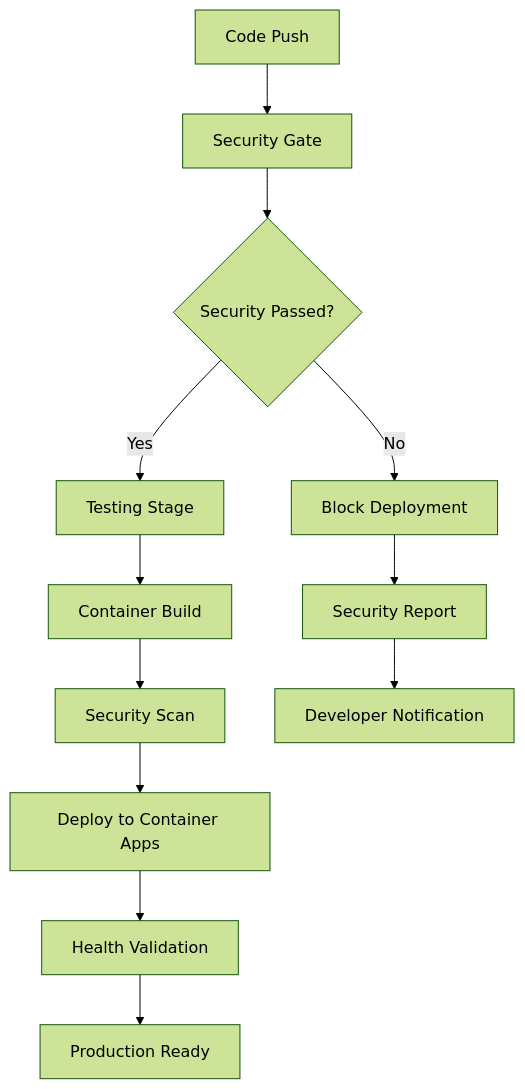
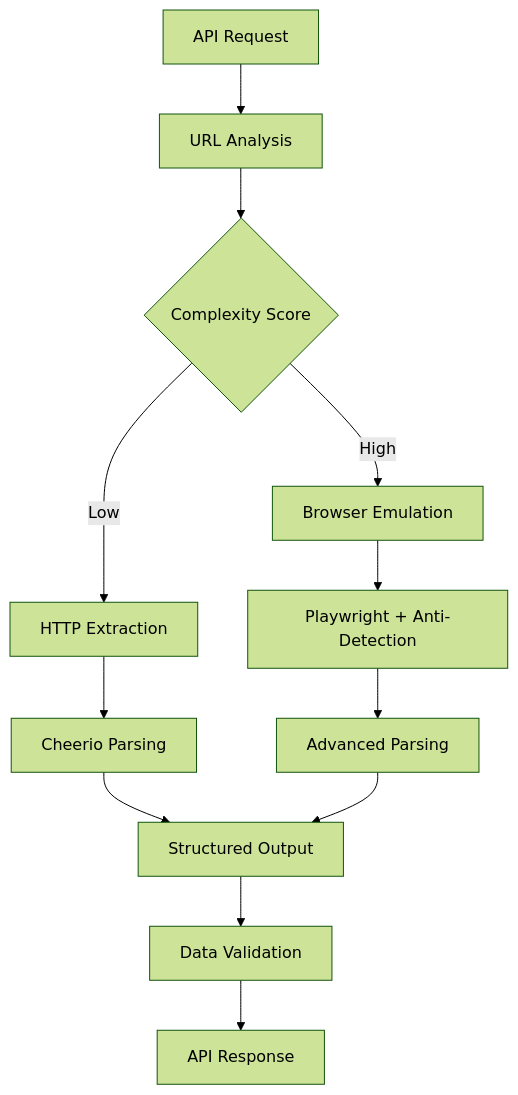
Before and after one commit to pduggusa/genz-translator-api: the first of 2 diagrams in README.md, drawn with Mermaid (forest theme). The commit also changed other lines of this file and 22 other files, not shown here.

````diff
--- a/README.md
+++ b/README.md
@@ -365,14 +176,17 @@
 ```mermaid
 graph TD
-    A[Code Push] --> B[Security Gate]
-    B --> C{Security Passed?}
-    C -->|No| D[Block Deployment]
-    C -->|Yes| E[Testing Stage]
-    E --> F[Container Build]
-    F --> G[Security Scan]
-    G --> H[Deploy to Container Apps]
-    H --> I[Health Validation]
-    I --> J[Production Ready]
-    D --> K[Security Report]
-    K --> L[Developer Notification]
+    A[API Request] --> B[URL Analysis]
+    B --> C{Complexity Score}
+    C -->|Low| D[HTTP Extraction]
+    C -->|High| E[Browser Emulation]
+
+    D --> F[Cheerio Parsing]
+    E --> G[Playwright + Anti-Detection]
+
+    F --> H[Structured Output]
+    G --> I[Advanced Parsing]
+    I --> H
+
+    H --> J[Data Validation]
+    J --> K[API Response]
 ```
````
